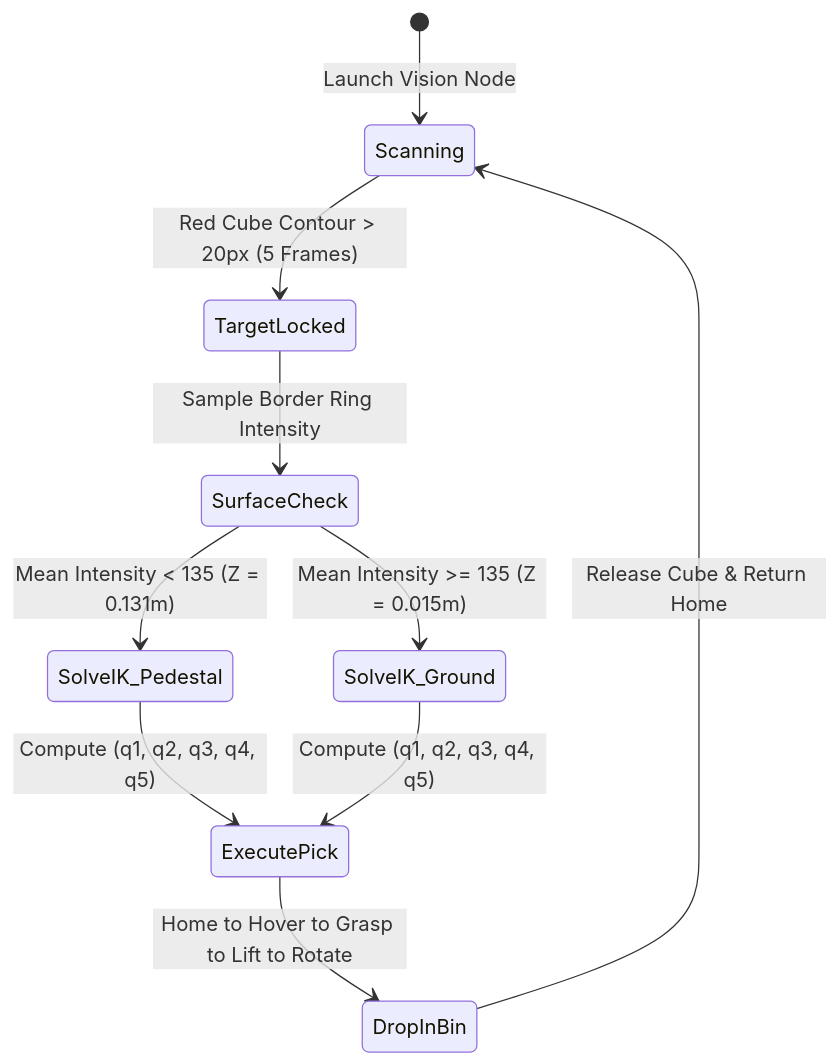
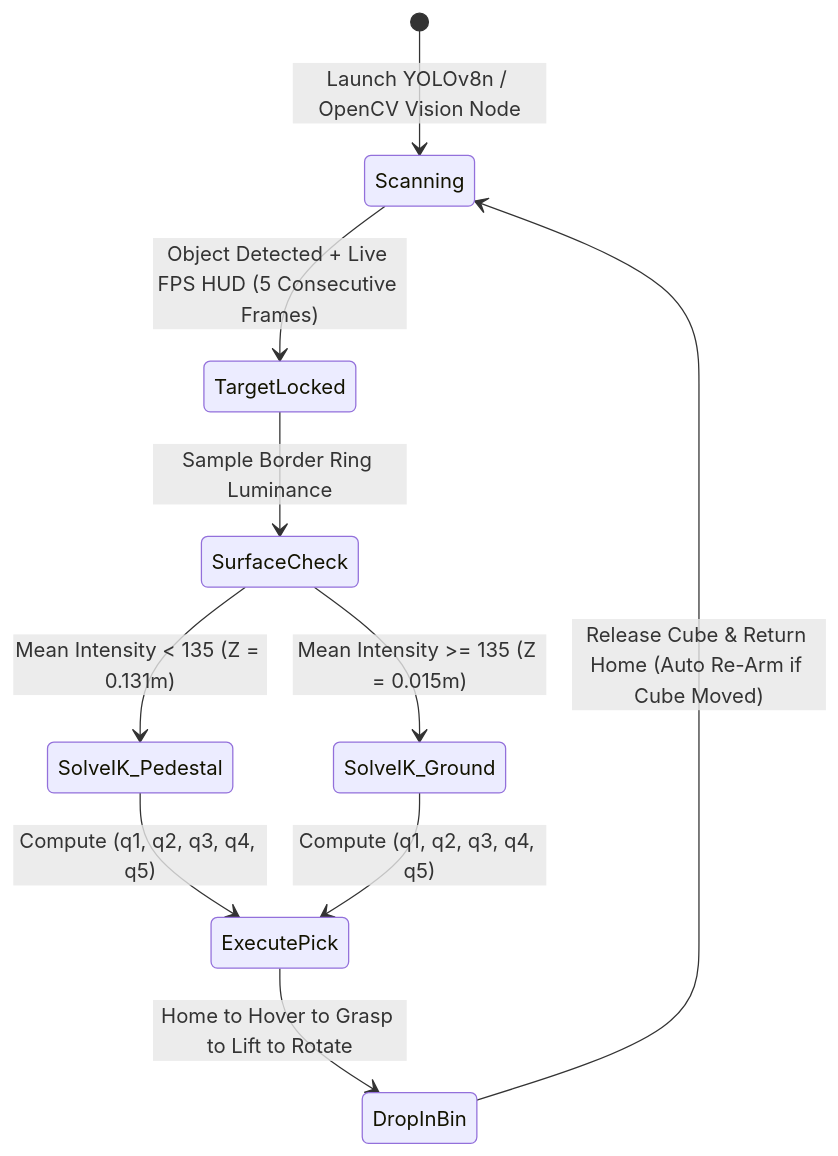
The second of 2 diagrams in README.md (Yashs2024/autonomous-5dof-pick-place), drawn with Mermaid before and after one commit. The commit also changed other lines of this file and 7 other files, not shown here.

Commit message:
feat: Add YOLOv8n vision node with live FPS HUD and industrial factory workbench world

````diff
--- a/README.md
+++ b/README.md
@@ -76,12 +80,12 @@
 ```mermaid
 stateDiagram-v2
-    [*] --> Scanning : Launch Vision Node
-    Scanning --> TargetLocked : Red Cube Contour > 20px (5 Frames)
-    TargetLocked --> SurfaceCheck : Sample Border Ring Intensity
+    [*] --> Scanning : Launch YOLOv8n / OpenCV Vision Node
+    Scanning --> TargetLocked : Object Detected + Live FPS HUD (5 Consecutive Frames)
+    TargetLocked --> SurfaceCheck : Sample Border Ring Luminance
     SurfaceCheck --> SolveIK_Pedestal : Mean Intensity < 135 (Z = 0.131m)
     SurfaceCheck --> SolveIK_Ground : Mean Intensity >= 135 (Z = 0.015m)
     SolveIK_Pedestal --> ExecutePick : Compute (q1, q2, q3, q4, q5)
     SolveIK_Ground --> ExecutePick : Compute (q1, q2, q3, q4, q5)
     ExecutePick --> DropInBin : Home to Hover to Grasp to Lift to Rotate
-    DropInBin --> Scanning : Release Cube & Return Home
+    DropInBin --> Scanning : Release Cube & Return Home (Auto Re-Arm if Cube Moved)
 ```
````
